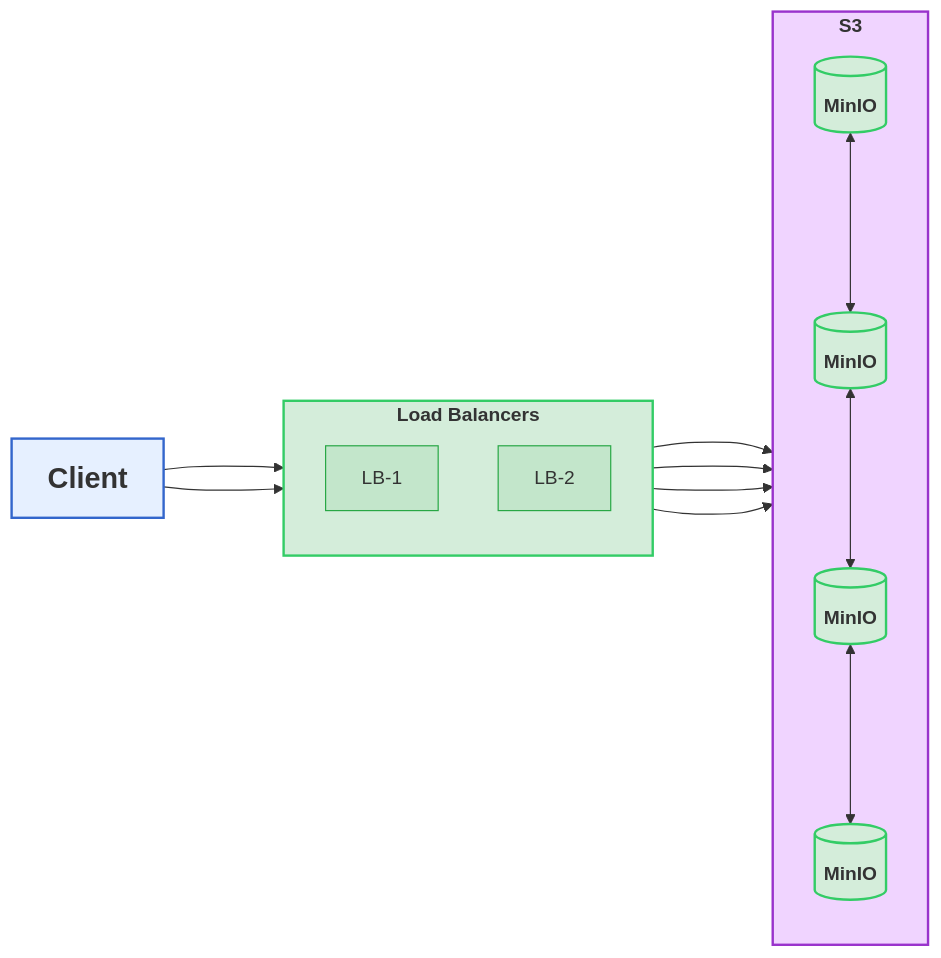
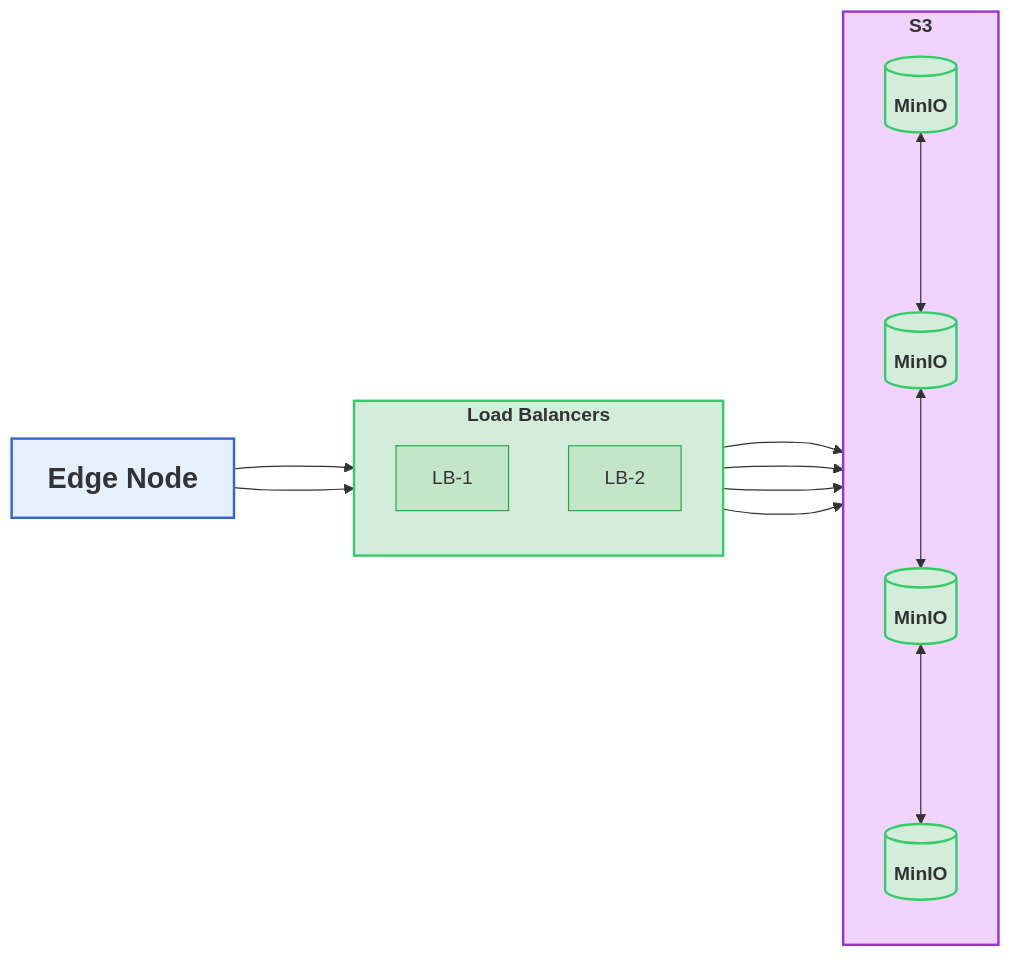
Before and after one commit to KmnPetr/SysDesign: the fourth of 4 diagrams in sdn.md, drawn with Mermaid.

````diff
--- a/sdn.md
+++ b/sdn.md
@@ -96,45 +96,45 @@
 ```mermaid
 graph LR
 
 
-    CLIENT["<b><font size='5'>Client</font></b>"]
+    CLIENT["<b><font size='5'>Edge Node</font></b>"]
 
     subgraph LB["<b>Load Balancers</b>"]
         direction TB
         LB1[LB-1]
         LB2[LB-2]
     end
 
     subgraph S3["<b>S3</b>"]
         direction TB
 
         STORE1[("<b>MinIO</b>")]
         STORE2[("<b>MinIO</b>")]
         STORE3[("<b>MinIO</b>")]
         STORE4[("<b>MinIO</b>")]
     end
 
         CLIENT ---> LB1
         CLIENT ---> LB2
         LB1 ---> STORE1
         LB2 ---> STORE2
         LB1 ---> STORE3
         LB2 ---> STORE4
 
         STORE1 <---> STORE2
         STORE2 <---> STORE3
         STORE3 <---> STORE4
 
 
 
 
     style CLIENT fill:#e6f0ff,stroke:#3366cc,stroke-width:2px
     style LB fill:#d4edda,stroke:#33cc66,stroke-width:2px
     style LB1 fill:#c3e6cb,stroke:#28a745,stroke-width:1px
     style LB2 fill:#c3e6cb,stroke:#28a745,stroke-width:1px
     style S3 fill:#f0d4ff,stroke:#9933cc,stroke-width:2px
     style STORE1 fill:#d4edda,stroke:#33cc66,stroke-width:2px
     style STORE2 fill:#d4edda,stroke:#33cc66,stroke-width:2px
     style STORE3 fill:#d4edda,stroke:#33cc66,stroke-width:2px
     style STORE4 fill:#d4edda,stroke:#33cc66,stroke-width:2px
 ```
````
